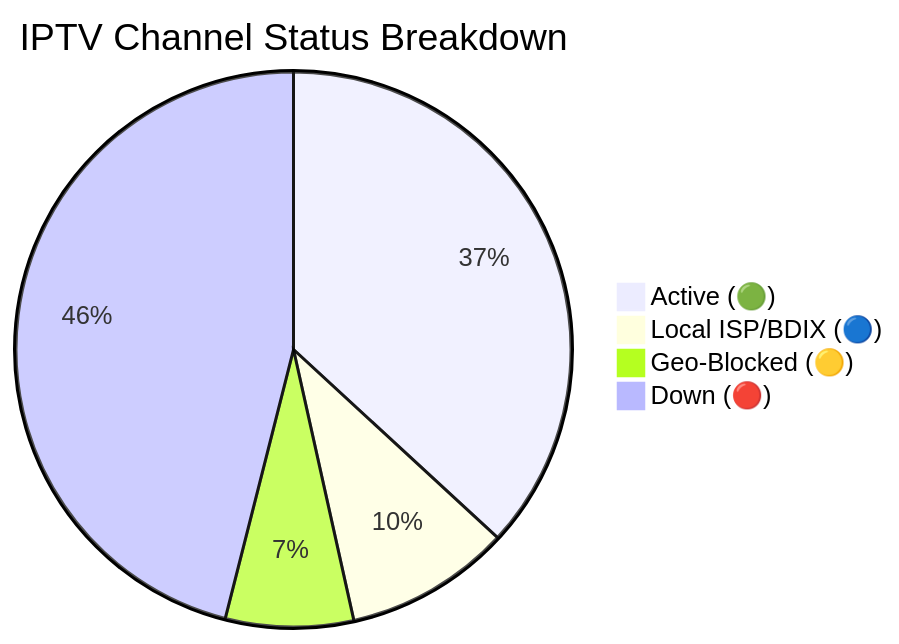
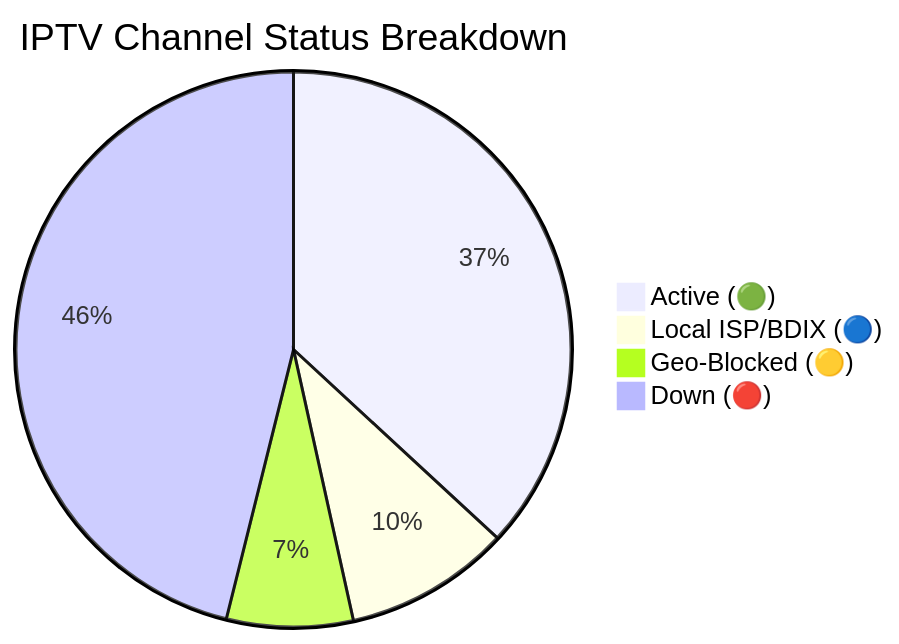
Before and after one commit to andreataylord/Ip-tv-Collection: the diagram in README.md, drawn with Mermaid. The commit also changed other lines of this file and 1 other file, not shown here.

Commit message:
docs(readme): auto-update daily channel status chart

````diff
--- a/README.md
+++ b/README.md
@@ -59,7 +59,7 @@
 ```mermaid
 pie title IPTV Channel Status Breakdown
-    "Active (🟢)" : 2926
+    "Active (🟢)" : 2928
     "Local ISP/BDIX (🔵)" : 767
-    "Geo-Blocked (🟡)" : 591
-    "Down (🔴)" : 3656
+    "Geo-Blocked (🟡)" : 584
+    "Down (🔴)" : 3661
 ```
````
